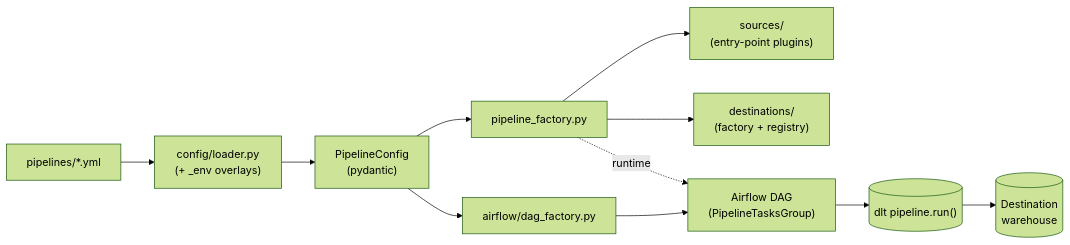
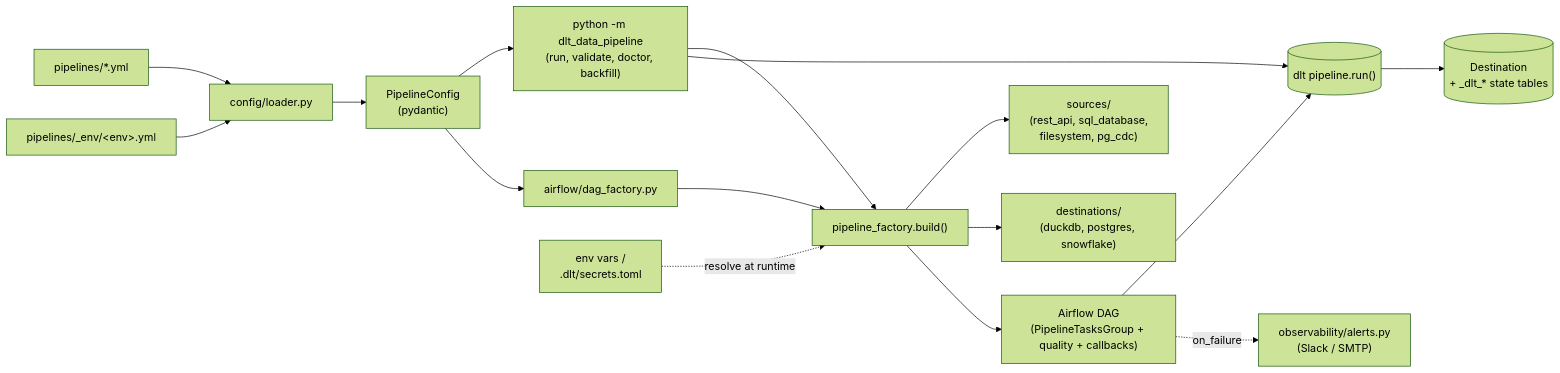
One commit to AuFeld/dlt_data_pipeline changed the diagram in README.md. Above: the diagram before and after it, drawn with Mermaid (forest theme).

Commit message:
better mermaid

````diff
--- a/README.md
+++ b/README.md
@@ -16,13 +16,18 @@
 ```mermaid
 flowchart LR
-    YAML["pipelines/*.yml"] --> Loader["config/loader.py<br/>(+ _env overlays)"]
+    YAML["pipelines/*.yml"] --> Loader["config/loader.py"]
+    Env["pipelines/_env/&lt;env&gt;.yml"] --> Loader
     Loader --> PC["PipelineConfig<br/>(pydantic)"]
-    PC --> PF["pipeline_factory.py"]
-    PF --> Src["sources/<br/>(entry-point plugins)"]
-    PF --> Dst["destinations/<br/>(factory + registry)"]
+    PC --> CLI["python -m dlt_data_pipeline<br/>(run, validate, doctor, backfill)"]
     PC --> DF["airflow/dag_factory.py"]
-    DF --> DAG["Airflow DAG<br/>(PipelineTasksGroup)"]
-    PF -.runtime.-> DAG
-    DAG --> Run[("dlt pipeline.run()")]
-    Run --> Warehouse[("Destination<br/>warehouse")]
+    CLI --> PF["pipeline_factory.build()"]
+    DF --> PF
+    Secrets["env vars /<br/>.dlt/secrets.toml"] -.->|resolve at runtime| PF
+    PF --> Src["sources/<br/>(rest_api, sql_database,<br/>filesystem, pg_cdc)"]
+    PF --> Dst["destinations/<br/>(duckdb, postgres, snowflake)"]
+    PF --> DAG["Airflow DAG<br/>(PipelineTasksGroup + quality + callbacks)"]
+    CLI --> Run[("dlt pipeline.run()")]
+    DAG --> Run
+    Run --> Warehouse[("Destination<br/>+ _dlt_* state tables")]
+    DAG -.on_failure.-> Alerts["observability/alerts.py<br/>(Slack / SMTP)"]
 ```
````
